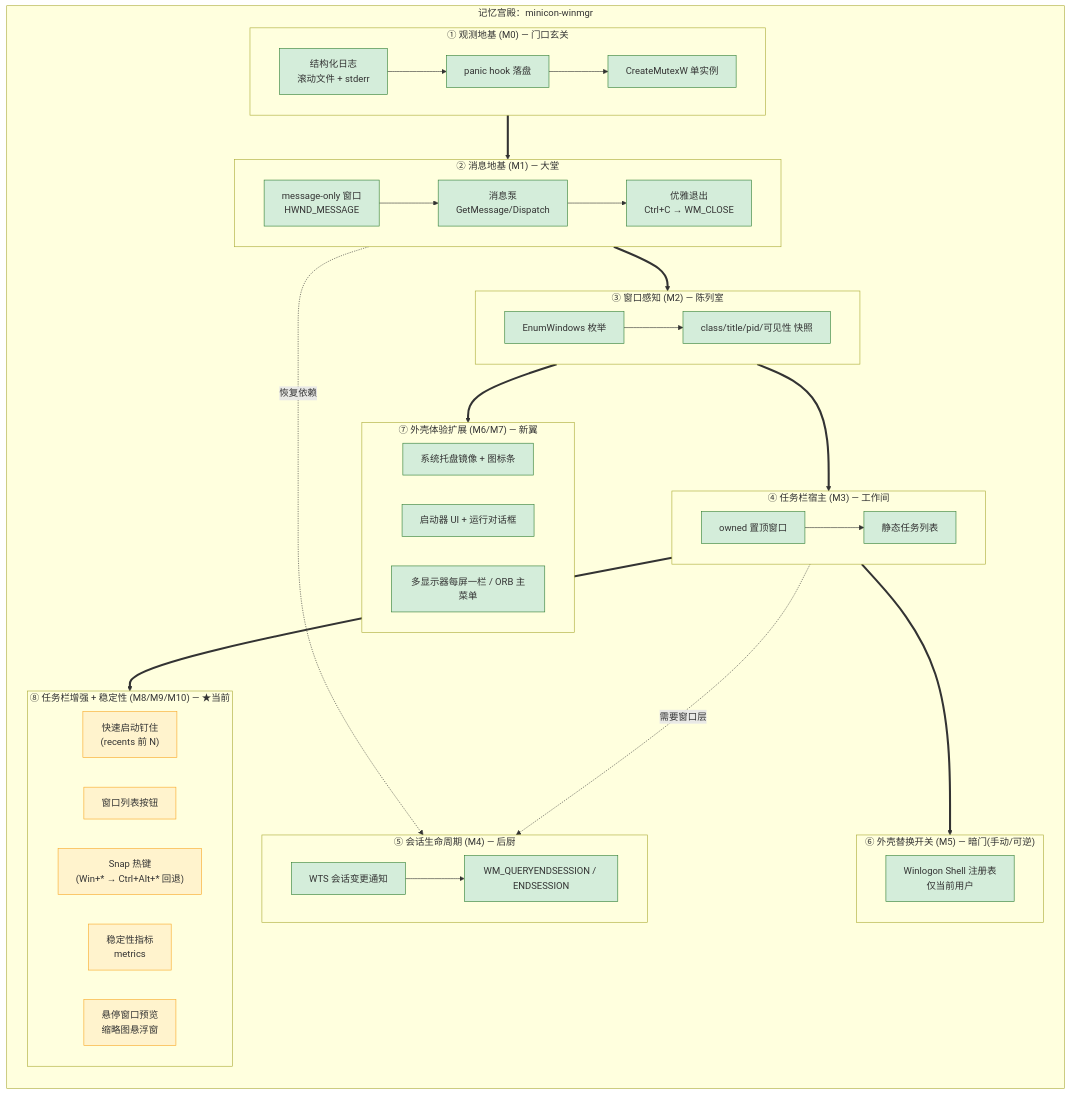
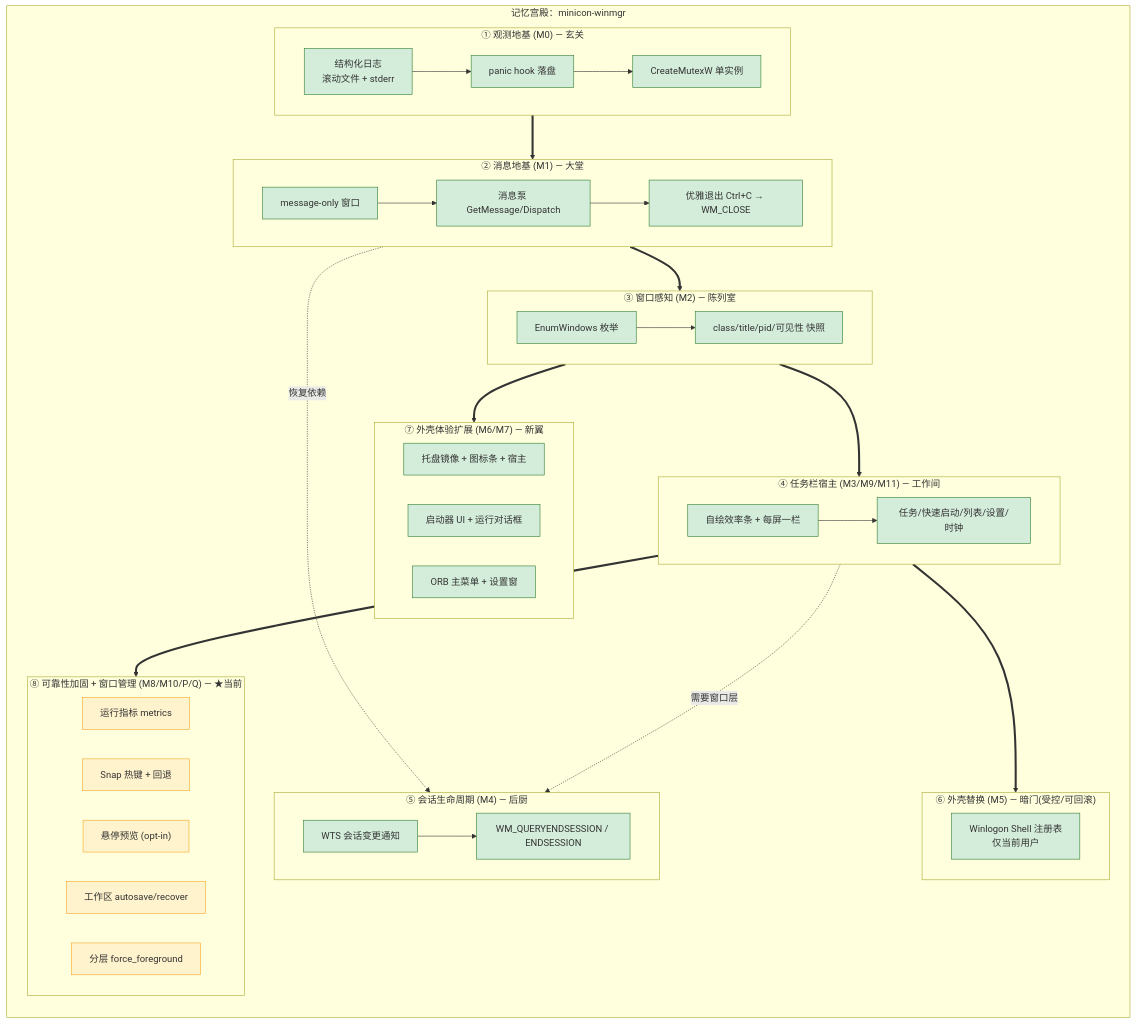
One commit to partnernetsoftware/minicon-winmgr changed the diagram in docs/prd.md. Above: the diagram before and after it, drawn with Mermaid. The commit also changed other lines of this file and 11 other files, not shown here.

````diff
--- a/docs/prd.md
+++ b/docs/prd.md
@@ -104,69 +152,58 @@
 ```mermaid
 flowchart TD
     subgraph PALACE["记忆宫殿：minicon-winmgr"]
         direction TB
-
-        subgraph ROOM_A["① 观测地基 (M0) — 门口玄关"]
+        subgraph ROOM_A["① 观测地基 (M0) — 玄关"]
             A1["结构化日志<br/>滚动文件 + stderr"]
             A2["panic hook 落盘"]
             A3["CreateMutexW 单实例"]
             A1 --> A2 --> A3
         end
-
         subgraph ROOM_B["② 消息地基 (M1) — 大堂"]
-            B1["message-only 窗口<br/>HWND_MESSAGE"]
-            B2["消息泵<br/>GetMessage/Dispatch"]
-            B3["优雅退出<br/>Ctrl+C → WM_CLOSE"]
+            B1["message-only 窗口"]
+            B2["消息泵 GetMessage/Dispatch"]
+            B3["优雅退出 Ctrl+C → WM_CLOSE"]
             B1 --> B2 --> B3
         end
-
         subgraph ROOM_C["③ 窗口感知 (M2) — 陈列室"]
             C1["EnumWindows 枚举"]
             C2["class/title/pid/可见性 快照"]
             C1 --> C2
         end
-
-        subgraph ROOM_D["④ 任务栏宿主 (M3) — 工作间"]
-            D1["owned 置顶窗口"]
-            D2["静态任务列表"]
+        subgraph ROOM_D["④ 任务栏宿主 (M3/M9/M11) — 工作间"]
+            D1["自绘效率条 + 每屏一栏"]
+            D2["任务/快速启动/列表/设置/时钟"]
             D1 --> D2
         end
-
         subgraph ROOM_E["⑤ 会话生命周期 (M4) — 后厨"]
             E1["WTS 会话变更通知"]
             E2["WM_QUERYENDSESSION / ENDSESSION"]
             E1 --> E2
         end
-
-        subgraph ROOM_F["⑥ 外壳替换开关 (M5) — 暗门(手动/可逆)"]
+        subgraph ROOM_F["⑥ 外壳替换 (M5) — 暗门(受控/可回滚)"]
             F1["Winlogon Shell 注册表<br/>仅当前用户"]
         end
-
         subgraph ROOM_G["⑦ 外壳体验扩展 (M6/M7) — 新翼"]
-            G1["系统托盘镜像 + 图标条"]
+            G1["托盘镜像 + 图标条 + 宿主"]
             G2["启动器 UI + 运行对话框"]
-            G3["多显示器每屏一栏 / ORB 主菜单"]
+            G3["ORB 主菜单 + 设置窗"]
         end
-
-        subgraph ROOM_H["⑧ 任务栏增强 + 稳定性 (M8/M9/M10) — ★当前"]
-            H1["快速启动钉住<br/>(recents 前 N)"]
-            H2["窗口列表按钮"]
-            H3["Snap 热键<br/>(Win+* → Ctrl+Alt+* 回退)"]
-            H4["稳定性指标<br/>metrics"]
-            H5["悬停窗口预览<br/>缩略图悬浮窗"]
+        subgraph ROOM_H["⑧ 可靠性加固 + 窗口管理 (M8/M10/P/Q) — ★当前"]
+            H1["运行指标 metrics"]
+            H2["Snap 热键 + 回退"]
+            H3["悬停预览 (opt-in)"]
+            H4["工作区 autosave/recover"]
+            H5["分层 force_foreground"]
         end
     end
-
     ROOM_A ==> ROOM_B ==> ROOM_C ==> ROOM_D
     ROOM_B -.恢复依赖.-> ROOM_E
     ROOM_D -.需要窗口层.-> ROOM_E
     ROOM_D ==> ROOM_F
     ROOM_C ==> ROOM_G
     ROOM_D ==> ROOM_H
-
     classDef done fill:#d4edda,stroke:#2e7d32;
     classDef current fill:#fff3cd,stroke:#f9a825;
-    classDef todo fill:#f8f9fa,stroke:#adb5bd;
     class A1,A2,A3,B1,B2,B3,C1,C2,D1,D2,E1,E2,F1,G1,G2,G3 done;
     class H1,H2,H3,H4,H5 current;
 ```
````
